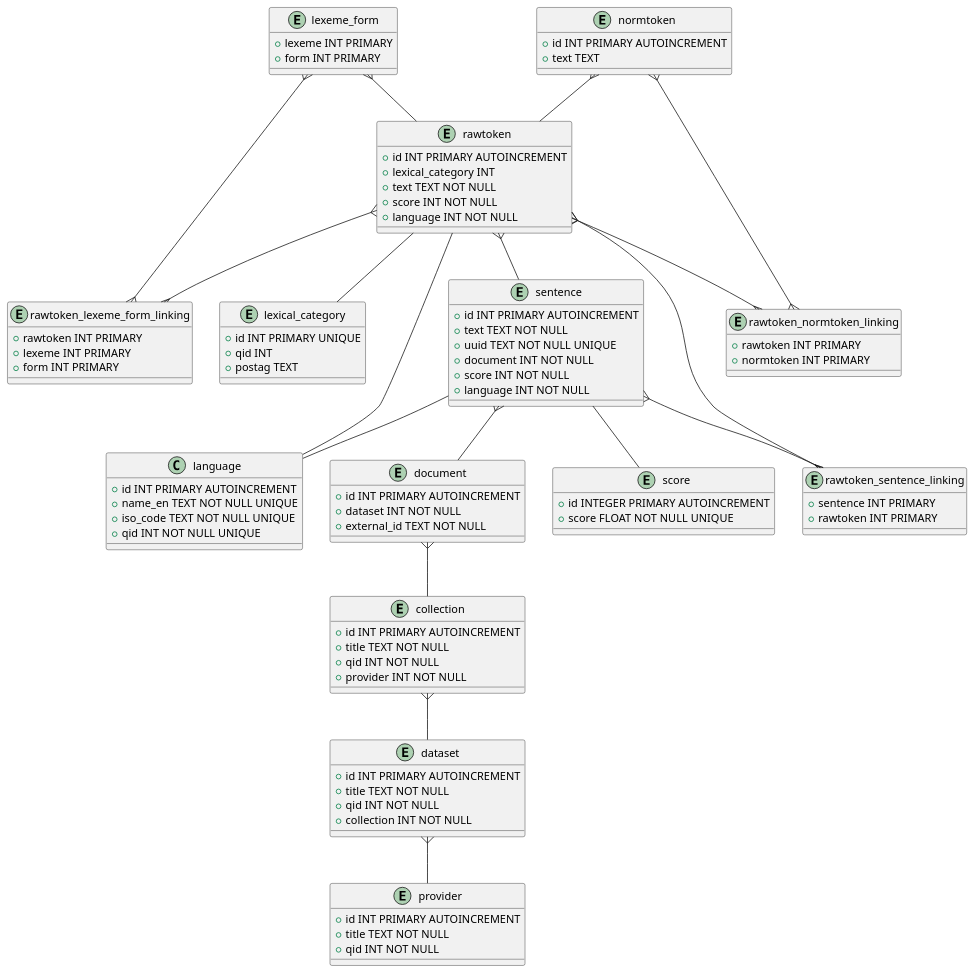
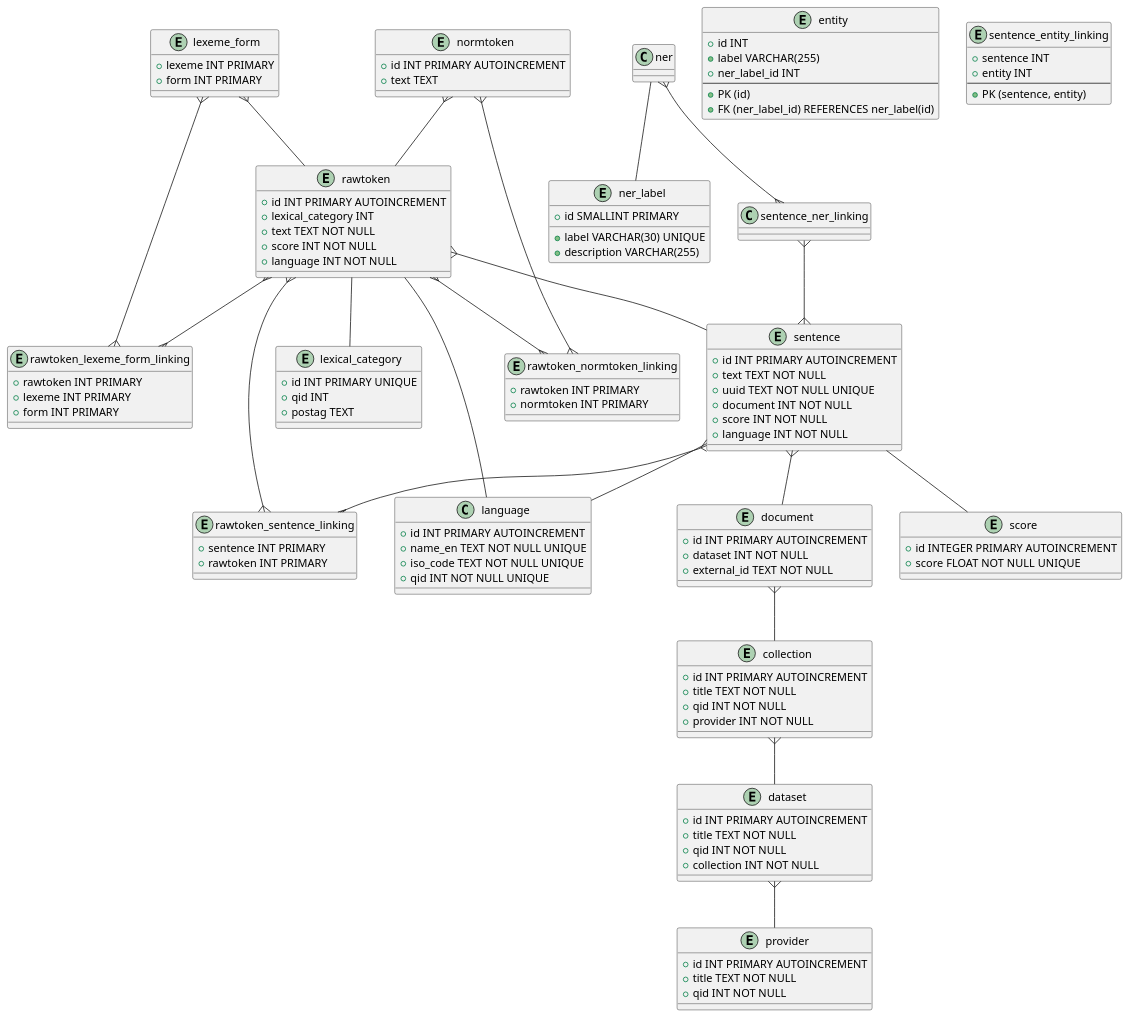
The diagram in diagrams/datamodel.puml (dpriskorn/riksdagen_sentences), drawn with PlantUML before and after one commit. The commit also changed 1 other file, not shown here.

Commit message:
feat: Update datamodel to include storing of entities based on NER

```diff
--- a/diagrams/datamodel.puml
+++ b/diagrams/datamodel.puml
@@ -1,133 +1,163 @@
 @startuml
 '' Store information about token, lexical category and
 
 '' This is needed to distinguish forms
 '' VERB and AUX link to the same qid
 entity lexical_category {
     + id INT PRIMARY UNIQUE
     + qid INT
     + postag TEXT
 }
 
 '' The ISO 639-1 code is stored like in the yml like so: 'en'
 class language {
     + id INT PRIMARY AUTOINCREMENT
     + name_en TEXT NOT NULL UNIQUE
     + iso_code TEXT NOT NULL UNIQUE
     + qid INT NOT NULL UNIQUE
 }
 '' e.g. Riksdagenförvaltningen Q10655176)
 entity provider {
     + id INT PRIMARY AUTOINCREMENT
     + title TEXT NOT NULL
     + qid INT NOT NULL
 }
 '' e.g. Riksdagens öppna data Q108560253
 '' QID for this term: Q59294700
 entity collection {
     + id INT PRIMARY AUTOINCREMENT
     + title TEXT NOT NULL
     + qid INT NOT NULL
     + provider INT NOT NULL
 }
 
 '' dataset is e.g. departementserien Q123501464
 entity dataset {
     + id INT PRIMARY AUTOINCREMENT
     + title TEXT NOT NULL
     + qid INT NOT NULL
     + collection INT NOT NULL
 }
 
 '' e.g. GNB465, see https://www.riksdagen.se/sv/dokument-och-lagar/dokument/departementsserien/ds-1999-65-_gnb465/
 entity document {
     + id INT PRIMARY AUTOINCREMENT
     + dataset INT NOT NULL
     + external_id TEXT NOT NULL
 }
 
 '' sentences is detected by the spaCy NLP
 entity sentence {
     + id INT PRIMARY AUTOINCREMENT
     + text TEXT NOT NULL
     + uuid TEXT NOT NULL UNIQUE
     + document INT NOT NULL
     + score INT NOT NULL
     + language INT NOT NULL
 }
 
 '' linking table
 entity rawtoken_sentence_linking {
     + sentence INT PRIMARY
     + rawtoken INT PRIMARY
 }
 
 '' lexeme form ids can be matched later on to forms
 entity lexeme_form {
     + lexeme INT PRIMARY
     + form INT PRIMARY
 }
 
 '' linking table
 entity rawtoken_lexeme_form_linking {
     + rawtoken INT PRIMARY
     + lexeme INT PRIMARY
     + form INT PRIMARY
 }
 
 '' raw tokens appear in sentences as output form the NLP and have a lexical category
 '' they have a composite primary key hardcoding them to a specific lexical category
 '' text + lexical_category_id + language = UNIQUE
 entity rawtoken {
     + id INT PRIMARY AUTOINCREMENT
     + lexical_category INT
     + text TEXT NOT NULL
     + score INT NOT NULL
     + language INT NOT NULL
 }
 
 '' This prevents duplication of scores in the database on every token and sentence
 entity score {
     + id INTEGER PRIMARY AUTOINCREMENT
     + score FLOAT NOT NULL UNIQUE
 }
 
 '' normalized tokens are derived from raw tokens and have no lexical category
 '' They help users who want to lookup variations of any given token
 '' e.g. the form Hus has the normalized token hus
 '' e.g. the form statsminister has the normalized token statsminister
 entity normtoken {
     + id INT PRIMARY AUTOINCREMENT
     + text TEXT
 }
 
 '' link table between forms and normalized tokens
 entity rawtoken_normtoken_linking {
     + rawtoken INT PRIMARY
     + normtoken INT PRIMARY
 }
 
+'' This table holds the NER labels of spaCy
+entity ner_label {
+  + id SMALLINT PRIMARY
+  + label VARCHAR(30) UNIQUE
+  + description VARCHAR(255)
+}
 
-' one to many:
+'' This is a unique NER occurrence.
+'' E.g. label: Europe: ner_label_id -> id of 'LOC'
+entity entity {
+  + id INT
+  + label VARCHAR(255)
+  + ner_label_id INT
+  --
+  + PK (id)
+  + FK (ner_label_id) REFERENCES ner_label(id)
+}
+
+'' We only store one unique ner per sentence.
+'' We don't care about the same entity
+'' appearing multiple times in a sentence
+entity sentence_entity_linking {
+  + sentence INT
+  + entity INT
+  --
+  + PK (sentence, entity)
+}
+
+' many to one:
 lexeme_form }-- rawtoken
 normtoken }-- rawtoken
 rawtoken }-- sentence
 sentence }-- document
 document }-- collection
 collection }-- dataset
 dataset }-- provider
 
 ' one to one
+ner -- ner_label
 sentence -- score
 sentence -- language
 rawtoken -- lexical_category
 rawtoken -- language
 
 ' many to many
 rawtoken }--{ rawtoken_normtoken_linking
 normtoken }--{ rawtoken_normtoken_linking
 rawtoken }--{ rawtoken_sentence_linking
 sentence }--{ rawtoken_sentence_linking
 rawtoken }--{ rawtoken_lexeme_form_linking
 lexeme_form }--{ rawtoken_lexeme_form_linking
+sentence_ner_linking }--{ sentence
+ner }--{ sentence_ner_linking
 @enduml
```
